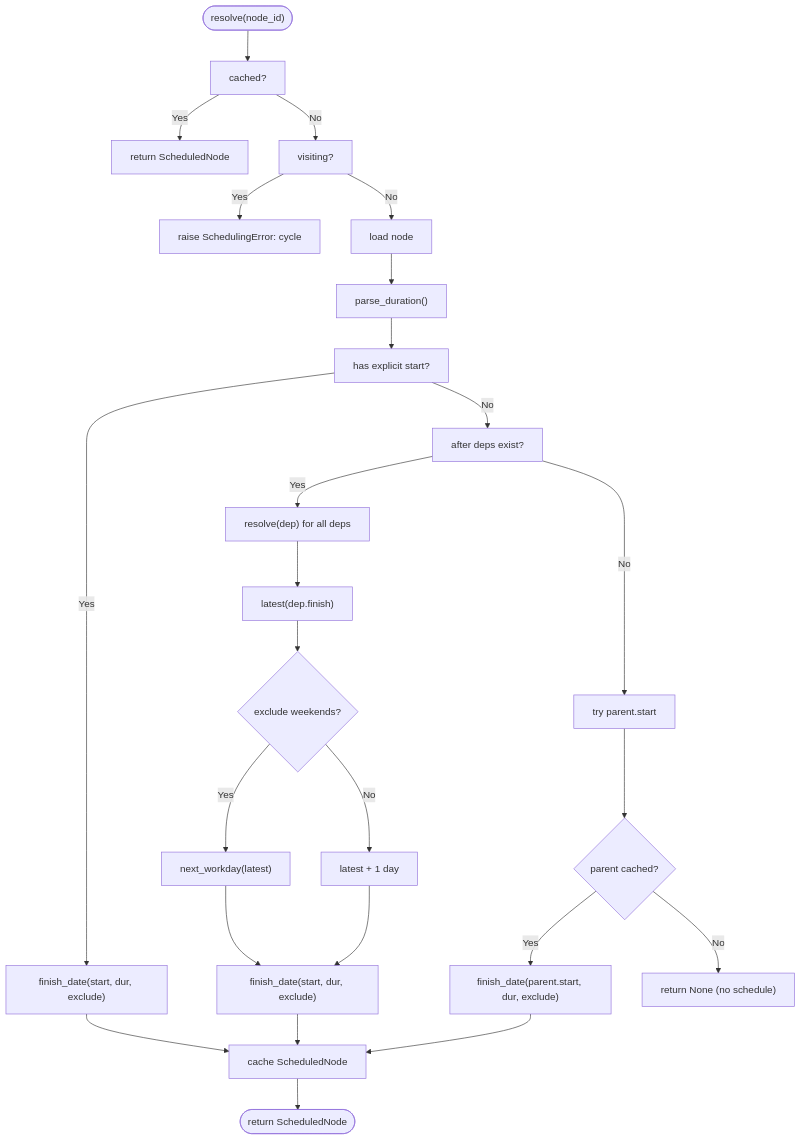
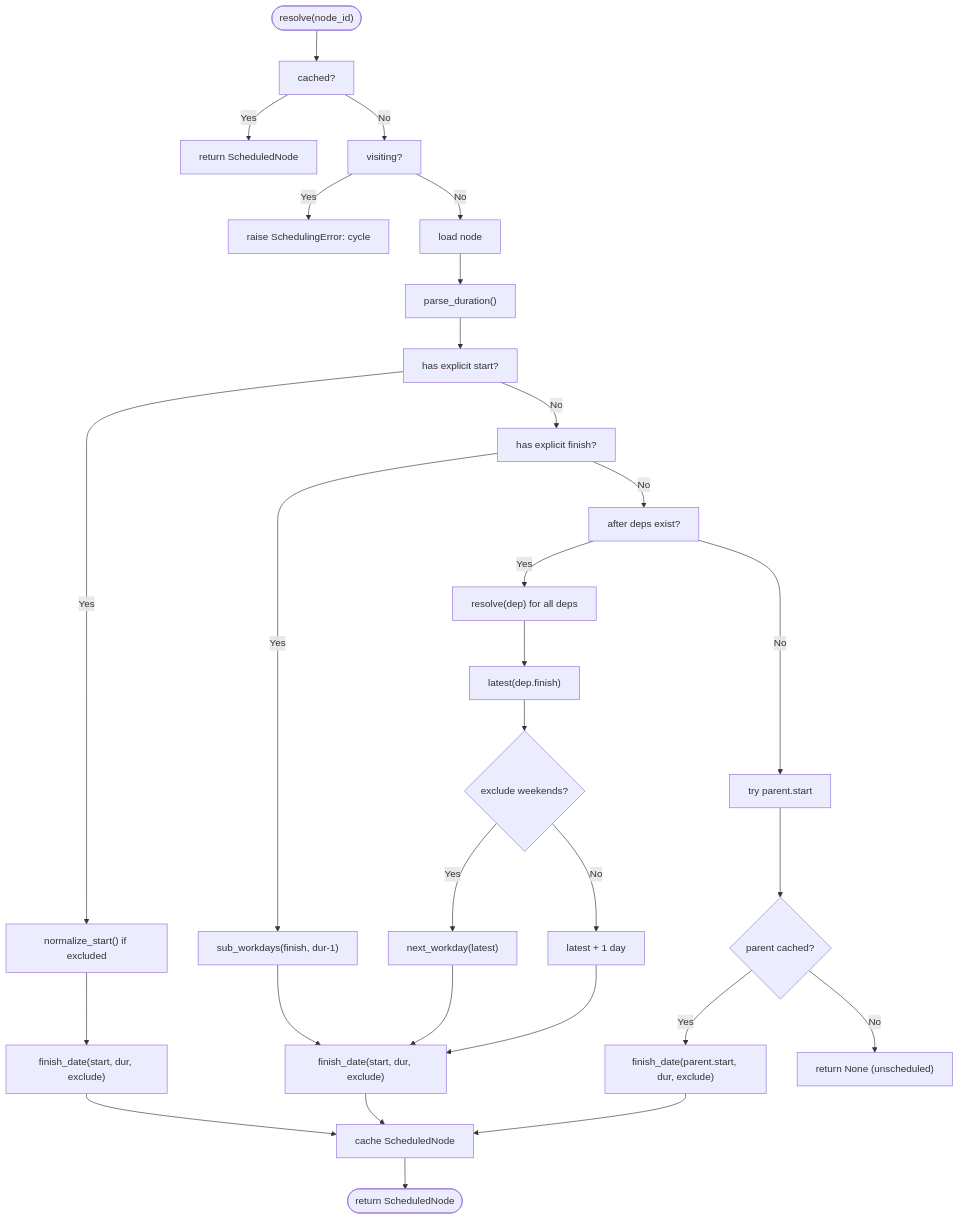
One commit to asukhodko/opskarta changed the third of 6 diagrams in .qoder/repowiki/en/content/Specification Reference/Data Models/Temporal Planning and Scheduling.md. Above: the diagram before and after it, drawn with Mermaid. The commit also changed other lines of this file and 7 other files, not shown here.

````diff
--- a/.qoder/repowiki/en/content/Specification Reference/Data Models/Temporal Planning and Scheduling.md
+++ b/.qoder/repowiki/en/content/Specification Reference/Data Models/Temporal Planning and Scheduling.md
@@ -170,27 +181,31 @@
 ```mermaid
 flowchart TD
 Start(["resolve(node_id)"]) --> CheckCache["cached?"]
 CheckCache --> |Yes| ReturnCache["return ScheduledNode"]
 CheckCache --> |No| CheckCycle["visiting?"]
 CheckCycle --> |Yes| ErrorCycle["raise SchedulingError: cycle"]
 CheckCycle --> |No| LoadNode["load node"]
 LoadNode --> ParseDur["parse_duration()"]
 ParseDur --> HasStart["has explicit start?"]
-HasStart --> |Yes| FinishExplicit["finish_date(start, dur, exclude)"]
-HasStart --> |No| AfterDeps["after deps exist?"]
+HasStart --> |Yes| NormalizeStart["normalize_start() if excluded"]
+NormalizeStart --> FinishExplicit["finish_date(start, dur, exclude)"]
+HasStart --> |No| HasFinish["has explicit finish?"]
+HasFinish --> |Yes| FinishBackward["sub_workdays(finish, dur-1)"]
+FinishBackward --> FinishImplicit["finish_date(start, dur, exclude)"]
+HasFinish --> |No| AfterDeps["after deps exist?"]
 AfterDeps --> |Yes| ResolveDeps["resolve(dep) for all deps"]
 ResolveDeps --> Latest["latest(dep.finish)"]
 Latest --> NextWD{"exclude weekends?"}
 NextWD --> |Yes| StartNextWD["next_workday(latest)"]
 NextWD --> |No| StartNextDay["latest + 1 day"]
-StartNextWD --> FinishImplicit["finish_date(start, dur, exclude)"]
+StartNextWD --> FinishImplicit
 StartNextDay --> FinishImplicit
 AfterDeps --> |No| TryParent["try parent.start"]
 TryParent --> ParentOk{"parent cached?"}
 ParentOk --> |Yes| FinishImplicitFromParent["finish_date(parent.start, dur, exclude)"]
-ParentOk --> |No| Skip["return None (no schedule)"]
+ParentOk --> |No| Skip["return None (unscheduled)"]
 FinishExplicit --> Store["cache ScheduledNode"]
 FinishImplicit --> Store
 FinishImplicitFromParent --> Store
 Store --> End(["return ScheduledNode"])
 ```
````
